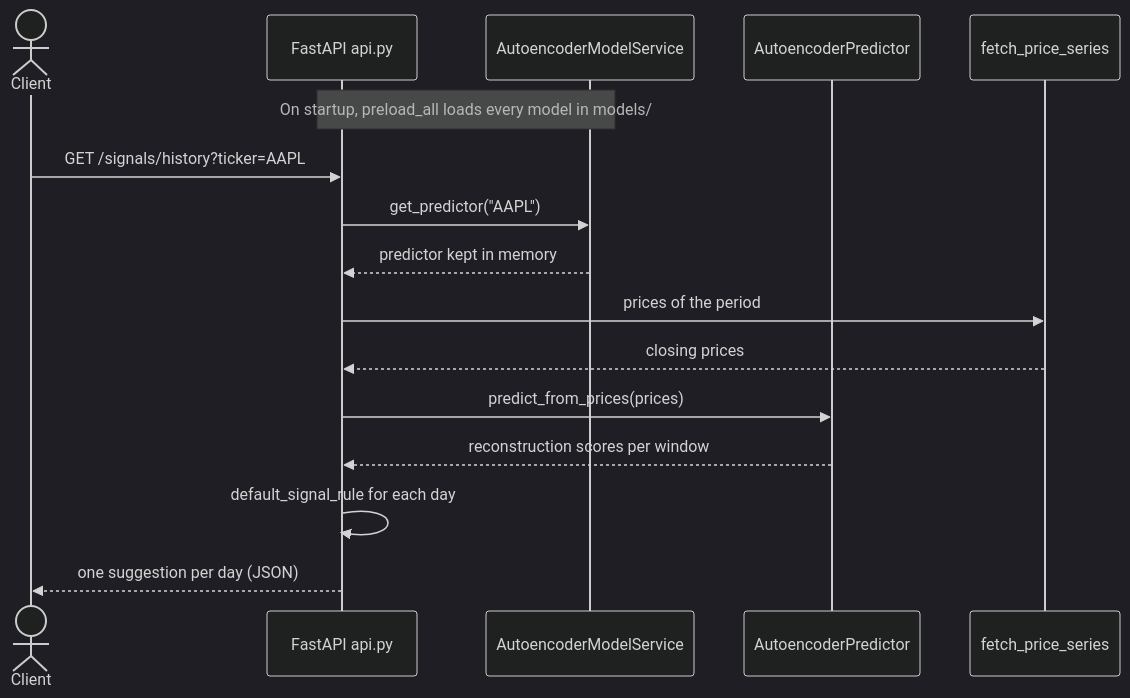
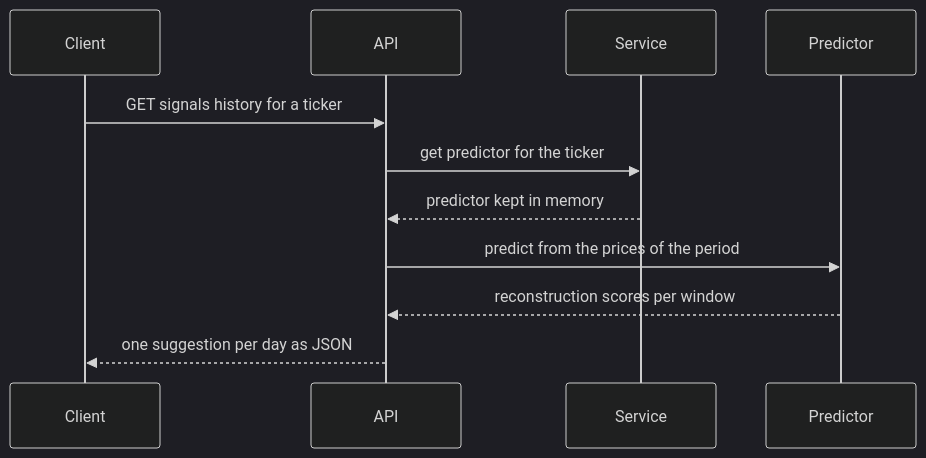
The eighth of 8 diagrams in README.md (IBMEC-CDIA/financial_market_simulator), drawn with Mermaid (dark theme) before and after one commit. The commit also changed other lines of this file, not shown here.

Commit message:
Simplify the prediction flow diagram so GitHub renders it
The sequence diagram used notes, aliases and a self message that made it
render blank. The same flow now uses only participants and messages, and
the startup behavior is described in the text above it.

````diff
--- a/README.md
+++ b/README.md
@@ -201,19 +202,13 @@
 ```mermaid
 sequenceDiagram
-    actor Client
-    participant API as FastAPI api.py
-    participant Service as AutoencoderModelService
-    participant Predictor as AutoencoderPredictor
-    participant Prices as fetch_price_series
-
-    Note over API,Service: On startup, preload_all loads every model in models/
-    Client->>API: GET /signals/history?ticker=AAPL
-    API->>Service: get_predictor("AAPL")
+    participant Client
+    participant API
+    participant Service
+    participant Predictor
+    Client->>API: GET signals history for a ticker
+    API->>Service: get predictor for the ticker
     Service-->>API: predictor kept in memory
-    API->>Prices: prices of the period
-    Prices-->>API: closing prices
-    API->>Predictor: predict_from_prices(prices)
+    API->>Predictor: predict from the prices of the period
     Predictor-->>API: reconstruction scores per window
-    API->>API: default_signal_rule for each day
-    API-->>Client: one suggestion per day (JSON)
+    API-->>Client: one suggestion per day as JSON
 ```
````
